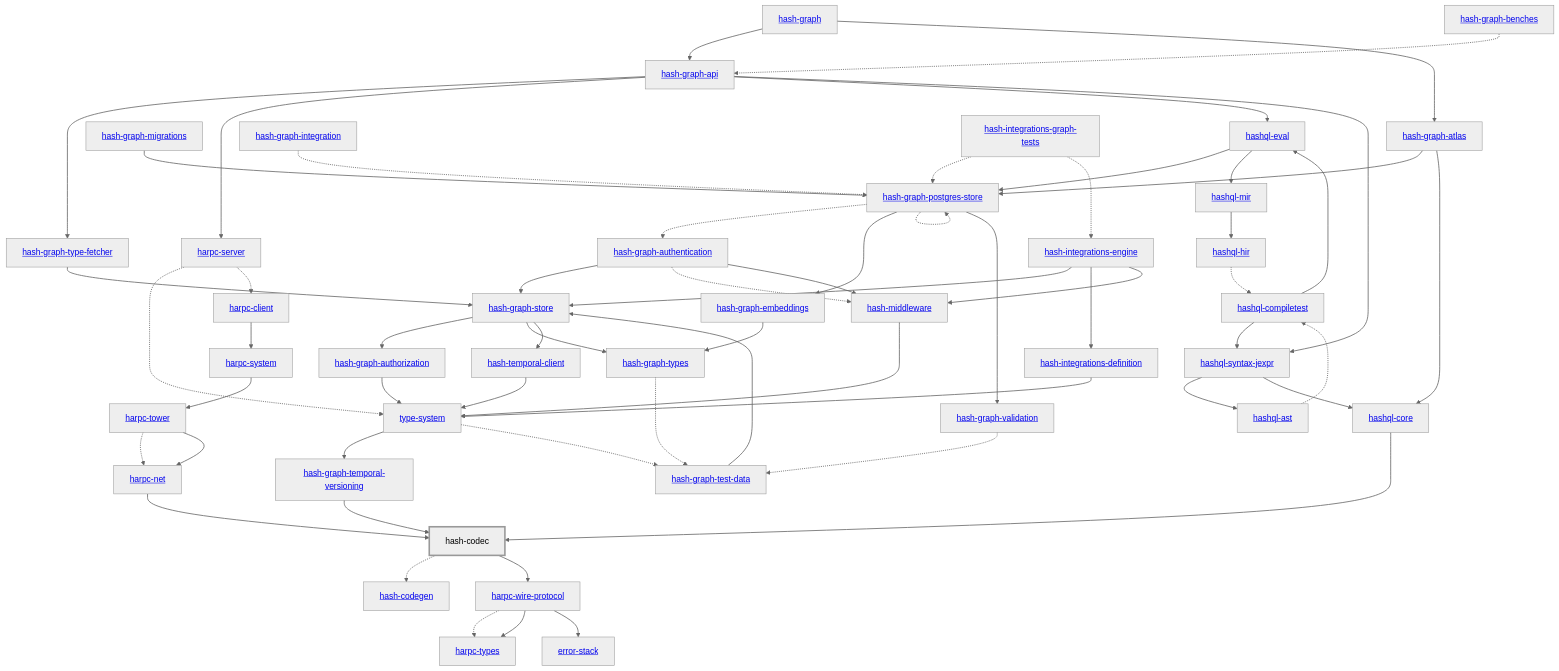
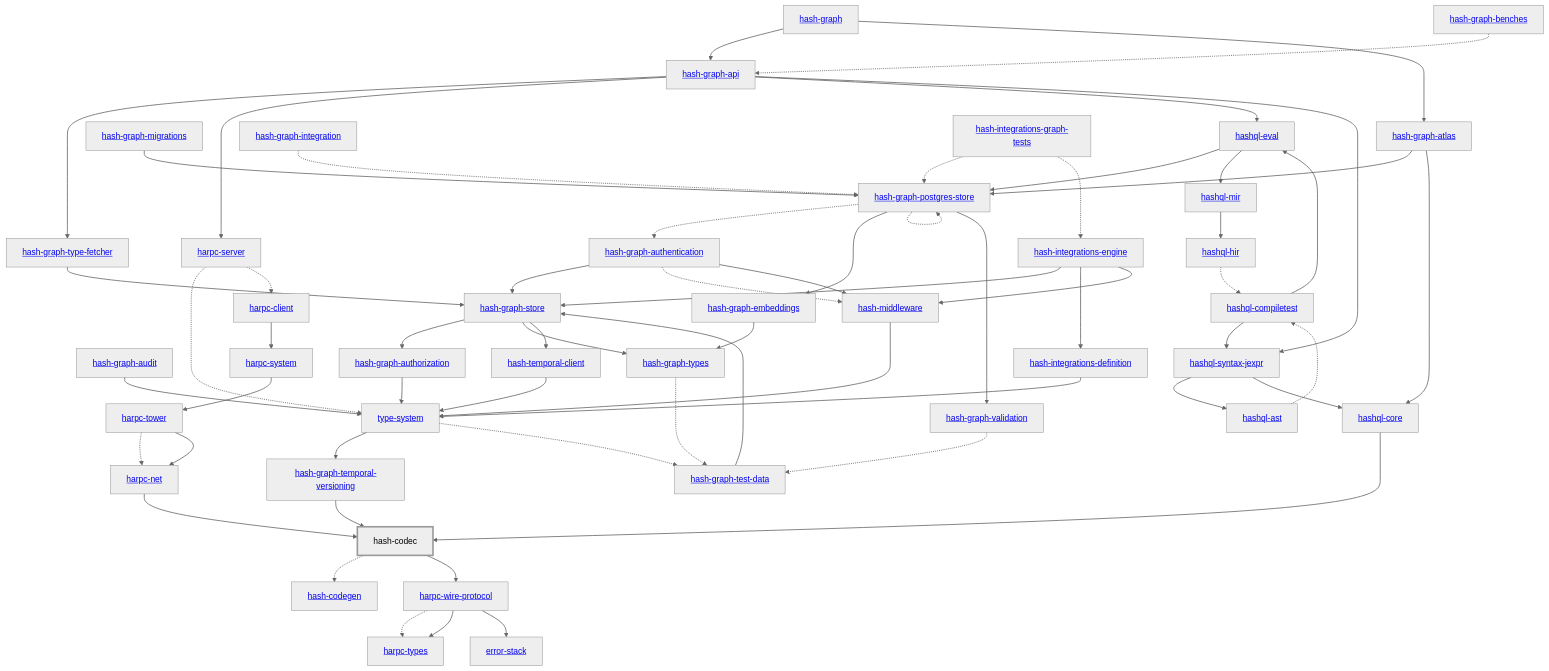
The diagram in libs/@local/codec/rust/docs/dependency-diagram.mmd (hashintel/hash), drawn with Mermaid (neutral theme) before and after one commit. The commit also changed 26 other files, not shown here.

Commit message:
BE-1212: Define the audit event type (#10644)

```diff
--- a/libs/@local/codec/rust/docs/dependency-diagram.mmd
+++ b/libs/@local/codec/rust/docs/dependency-diagram.mmd
@@ -1,110 +1,112 @@
 graph TD
     linkStyle default stroke-width:1.5px
     classDef default stroke-width:1px
     classDef root stroke-width:3px
     classDef dev stroke-width:1px
     classDef build stroke-width:1px
     %% Legend
     %% --> : Normal dependency
     %% -.-> : Dev dependency
     %% ---> : Build dependency
     0[<a href="../hash_graph/index.html">hash-graph</a>]
     1[<a href="../type_system/index.html">type-system</a>]
     2[hash-codec]
     class 2 root
     3[<a href="../hash_codegen/index.html">hash-codegen</a>]
     4[<a href="../hash_graph_api/index.html">hash-graph-api</a>]
     5[<a href="../hash_graph_atlas/index.html">hash-graph-atlas</a>]
-    6[<a href="../hash_graph_authentication/index.html">hash-graph-authentication</a>]
-    7[<a href="../hash_graph_authorization/index.html">hash-graph-authorization</a>]
-    8[<a href="../hash_graph_embeddings/index.html">hash-graph-embeddings</a>]
-    9[<a href="../hash_graph_migrations/index.html">hash-graph-migrations</a>]
-    10[<a href="../hash_graph_postgres_store/index.html">hash-graph-postgres-store</a>]
-    11[<a href="../hash_graph_store/index.html">hash-graph-store</a>]
-    12[<a href="../hash_graph_temporal_versioning/index.html">hash-graph-temporal-versioning</a>]
-    13[<a href="../hash_graph_type_fetcher/index.html">hash-graph-type-fetcher</a>]
-    14[<a href="../hash_graph_types/index.html">hash-graph-types</a>]
-    15[<a href="../hash_graph_validation/index.html">hash-graph-validation</a>]
-    16[<a href="../harpc_client/index.html">harpc-client</a>]
-    17[<a href="../harpc_net/index.html">harpc-net</a>]
-    18[<a href="../harpc_server/index.html">harpc-server</a>]
-    19[<a href="../harpc_system/index.html">harpc-system</a>]
-    20[<a href="../harpc_tower/index.html">harpc-tower</a>]
-    21[<a href="../harpc_types/index.html">harpc-types</a>]
-    22[<a href="../harpc_wire_protocol/index.html">harpc-wire-protocol</a>]
-    23[<a href="../hashql_ast/index.html">hashql-ast</a>]
-    24[<a href="../hashql_compiletest/index.html">hashql-compiletest</a>]
-    25[<a href="../hashql_core/index.html">hashql-core</a>]
-    26[<a href="../hashql_eval/index.html">hashql-eval</a>]
-    27[<a href="../hashql_hir/index.html">hashql-hir</a>]
-    28[<a href="../hashql_mir/index.html">hashql-mir</a>]
-    29[<a href="../hashql_syntax_jexpr/index.html">hashql-syntax-jexpr</a>]
-    30[<a href="../hash_integrations_definition/index.html">hash-integrations-definition</a>]
-    31[<a href="../hash_integrations_engine/index.html">hash-integrations-engine</a>]
-    32[<a href="../hash_middleware/index.html">hash-middleware</a>]
-    33[<a href="../hash_temporal_client/index.html">hash-temporal-client</a>]
-    34[<a href="../error_stack/index.html">error-stack</a>]
-    35[<a href="../hash_graph_benches/index.html">hash-graph-benches</a>]
-    36[<a href="../hash_graph_integration/index.html">hash-graph-integration</a>]
-    37[<a href="../hash_graph_test_data/index.html">hash-graph-test-data</a>]
-    38[<a href="../hash_integrations_graph_tests/index.html">hash-integrations-graph-tests</a>]
+    6[<a href="../hash_graph_audit/index.html">hash-graph-audit</a>]
+    7[<a href="../hash_graph_authentication/index.html">hash-graph-authentication</a>]
+    8[<a href="../hash_graph_authorization/index.html">hash-graph-authorization</a>]
+    9[<a href="../hash_graph_embeddings/index.html">hash-graph-embeddings</a>]
+    10[<a href="../hash_graph_migrations/index.html">hash-graph-migrations</a>]
+    11[<a href="../hash_graph_postgres_store/index.html">hash-graph-postgres-store</a>]
+    12[<a href="../hash_graph_store/index.html">hash-graph-store</a>]
+    13[<a href="../hash_graph_temporal_versioning/index.html">hash-graph-temporal-versioning</a>]
+    14[<a href="../hash_graph_type_fetcher/index.html">hash-graph-type-fetcher</a>]
+    15[<a href="../hash_graph_types/index.html">hash-graph-types</a>]
+    16[<a href="../hash_graph_validation/index.html">hash-graph-validation</a>]
+    17[<a href="../harpc_client/index.html">harpc-client</a>]
+    18[<a href="../harpc_net/index.html">harpc-net</a>]
+    19[<a href="../harpc_server/index.html">harpc-server</a>]
+    20[<a href="../harpc_system/index.html">harpc-system</a>]
+    21[<a href="../harpc_tower/index.html">harpc-tower</a>]
+    22[<a href="../harpc_types/index.html">harpc-types</a>]
+    23[<a href="../harpc_wire_protocol/index.html">harpc-wire-protocol</a>]
+    24[<a href="../hashql_ast/index.html">hashql-ast</a>]
+    25[<a href="../hashql_compiletest/index.html">hashql-compiletest</a>]
+    26[<a href="../hashql_core/index.html">hashql-core</a>]
+    27[<a href="../hashql_eval/index.html">hashql-eval</a>]
+    28[<a href="../hashql_hir/index.html">hashql-hir</a>]
+    29[<a href="../hashql_mir/index.html">hashql-mir</a>]
+    30[<a href="../hashql_syntax_jexpr/index.html">hashql-syntax-jexpr</a>]
+    31[<a href="../hash_integrations_definition/index.html">hash-integrations-definition</a>]
+    32[<a href="../hash_integrations_engine/index.html">hash-integrations-engine</a>]
+    33[<a href="../hash_middleware/index.html">hash-middleware</a>]
+    34[<a href="../hash_temporal_client/index.html">hash-temporal-client</a>]
+    35[<a href="../error_stack/index.html">error-stack</a>]
+    36[<a href="../hash_graph_benches/index.html">hash-graph-benches</a>]
+    37[<a href="../hash_graph_integration/index.html">hash-graph-integration</a>]
+    38[<a href="../hash_graph_test_data/index.html">hash-graph-test-data</a>]
+    39[<a href="../hash_integrations_graph_tests/index.html">hash-integrations-graph-tests</a>]
     0 --> 4
     0 --> 5
-    1 --> 12
-    1 -.-> 37
+    1 --> 13
+    1 -.-> 38
     2 -.-> 3
-    2 --> 22
-    4 --> 13
-    4 --> 18
-    4 --> 26
-    4 --> 29
-    5 --> 10
-    5 --> 25
-    6 --> 11
-    6 -.-> 32
-    6 --> 32
-    7 --> 1
-    8 --> 14
-    9 --> 10
-    10 -.-> 6
-    10 --> 8
-    10 -.-> 10
-    10 --> 15
-    11 --> 7
-    11 --> 14
-    11 --> 33
-    12 --> 2
-    13 --> 11
-    14 -.-> 37
-    15 -.-> 37
-    16 --> 19
-    17 --> 2
-    18 -.-> 1
-    18 -.-> 16
-    19 --> 20
-    20 -.-> 17
-    20 --> 17
-    22 -.-> 21
-    22 --> 21
-    22 --> 34
-    23 -.-> 24
-    24 --> 26
-    24 --> 29
-    25 --> 2
-    26 --> 10
-    26 --> 28
-    27 -.-> 24
-    28 --> 27
-    29 --> 23
-    29 --> 25
-    30 --> 1
-    31 --> 11
-    31 --> 30
-    31 --> 32
-    32 --> 1
+    2 --> 23
+    4 --> 14
+    4 --> 19
+    4 --> 27
+    4 --> 30
+    5 --> 11
+    5 --> 26
+    6 --> 1
+    7 --> 12
+    7 -.-> 33
+    7 --> 33
+    8 --> 1
+    9 --> 15
+    10 --> 11
+    11 -.-> 7
+    11 --> 9
+    11 -.-> 11
+    11 --> 16
+    12 --> 8
+    12 --> 15
+    12 --> 34
+    13 --> 2
+    14 --> 12
+    15 -.-> 38
+    16 -.-> 38
+    17 --> 20
+    18 --> 2
+    19 -.-> 1
+    19 -.-> 17
+    20 --> 21
+    21 -.-> 18
+    21 --> 18
+    23 -.-> 22
+    23 --> 22
+    23 --> 35
+    24 -.-> 25
+    25 --> 27
+    25 --> 30
+    26 --> 2
+    27 --> 11
+    27 --> 29
+    28 -.-> 25
+    29 --> 28
+    30 --> 24
+    30 --> 26
+    31 --> 1
+    32 --> 12
+    32 --> 31
+    32 --> 33
     33 --> 1
-    35 -.-> 4
-    36 -.-> 10
-    37 --> 11
-    38 -.-> 10
-    38 -.-> 31
+    34 --> 1
+    36 -.-> 4
+    37 -.-> 11
+    38 --> 12
+    39 -.-> 11
+    39 -.-> 32
```
